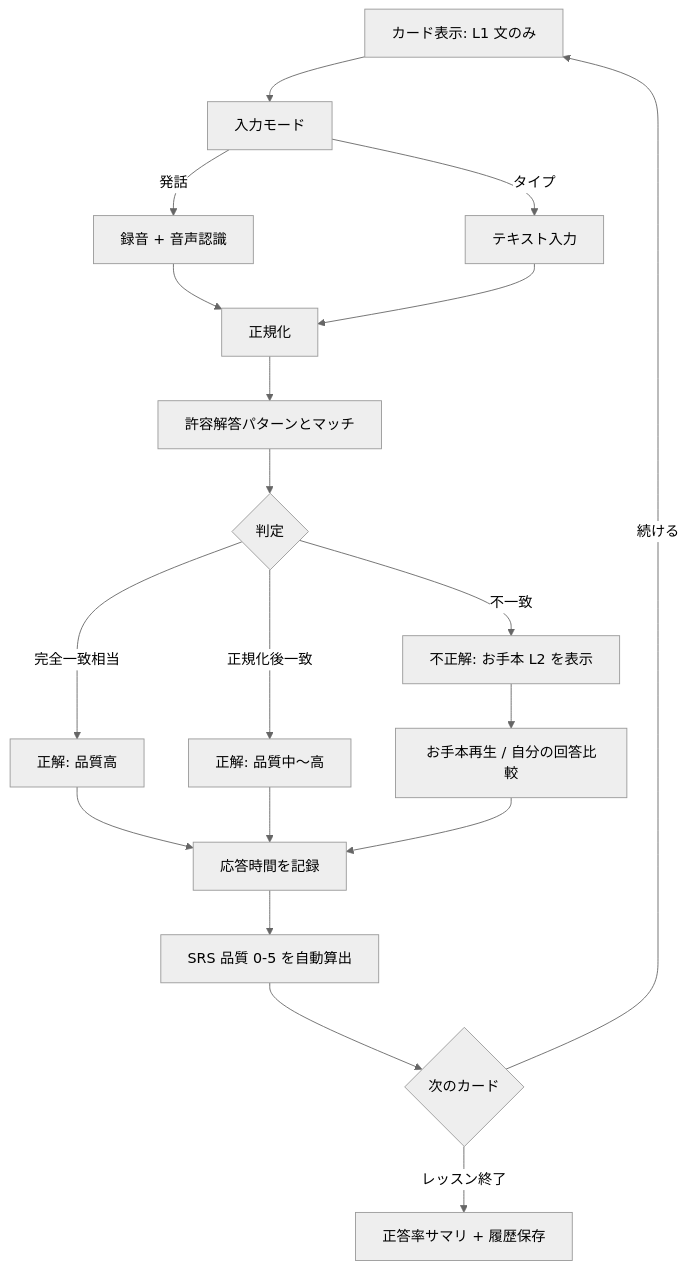
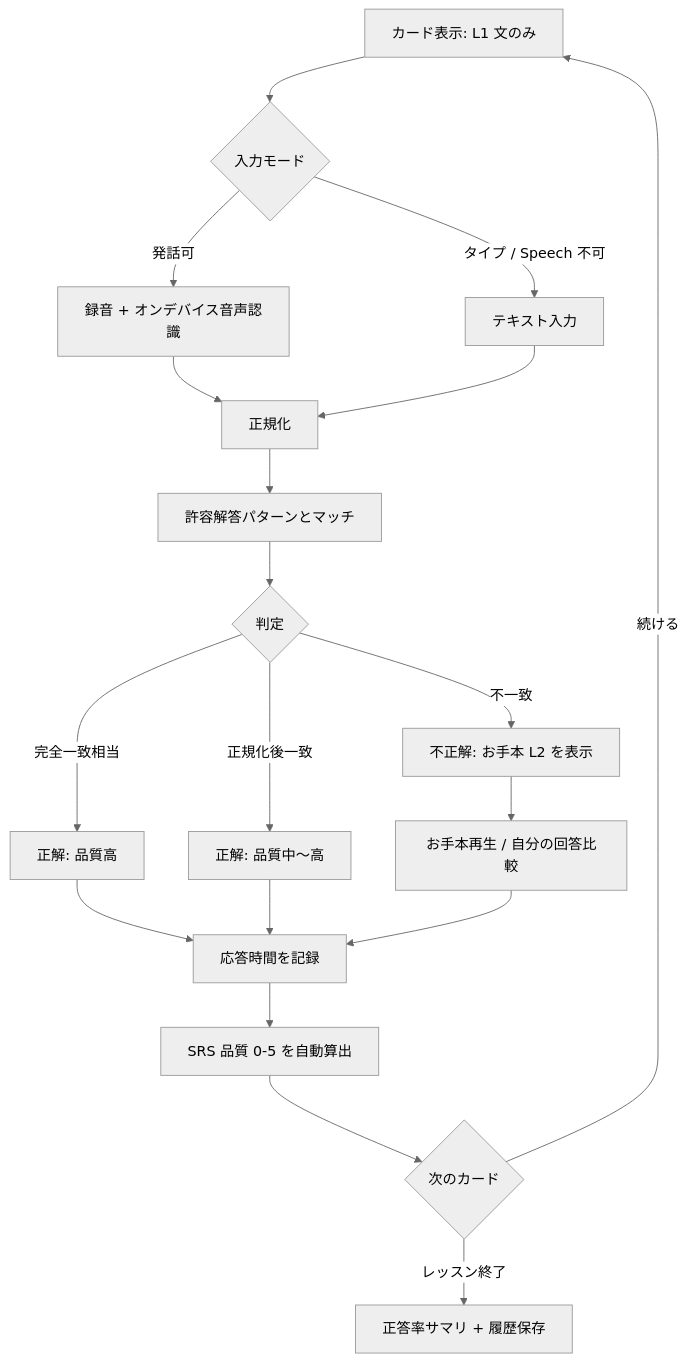
Before and after one commit to Kyogo73/SnapSpeak: the third of 4 diagrams in docs/product-overview.md, drawn with Mermaid (neutral theme). The commit also changed other lines of this file and 3 other files, not shown here.

````diff
--- a/docs/product-overview.md
+++ b/docs/product-overview.md
@@ -168,21 +197,21 @@
 ```mermaid
 flowchart TD
-  A[カード表示: L1 文のみ] --> B[入力モード]
-  B -->|発話| C[録音 + 音声認識]
-  B -->|タイプ| D[テキスト入力]
-  C --> E[正規化]
+  A["カード表示: L1 文のみ"] --> B{"入力モード"}
+  B -->|発話可| C["録音 + オンデバイス音声認識"]
+  B -->|タイプ / Speech 不可| D["テキスト入力"]
+  C --> E["正規化"]
   D --> E
-  E --> F[許容解答パターンとマッチ]
-  F --> G{判定}
-  G -->|完全一致相当| H[正解: 品質高]
-  G -->|正規化後一致| I[正解: 品質中〜高]
-  G -->|不一致| J[不正解: お手本 L2 を表示]
-  H --> K[応答時間を記録]
+  E --> F["許容解答パターンとマッチ"]
+  F --> G{"判定"}
+  G -->|完全一致相当| H["正解: 品質高"]
+  G -->|正規化後一致| I["正解: 品質中〜高"]
+  G -->|不一致| J["不正解: お手本 L2 を表示"]
+  H --> K["応答時間を記録"]
   I --> K
-  J --> L[お手本再生 / 自分の回答比較]
+  J --> L["お手本再生 / 自分の回答比較"]
   L --> K
-  K --> M[SRS 品質 0-5 を自動算出]
-  M --> N{次のカード}
+  K --> M["SRS 品質 0-5 を自動算出"]
+  M --> N{"次のカード"}
   N -->|続ける| A
-  N -->|レッスン終了| O[正答率サマリ + 履歴保存]
+  N -->|レッスン終了| O["正答率サマリ + 履歴保存"]
 ```
````
